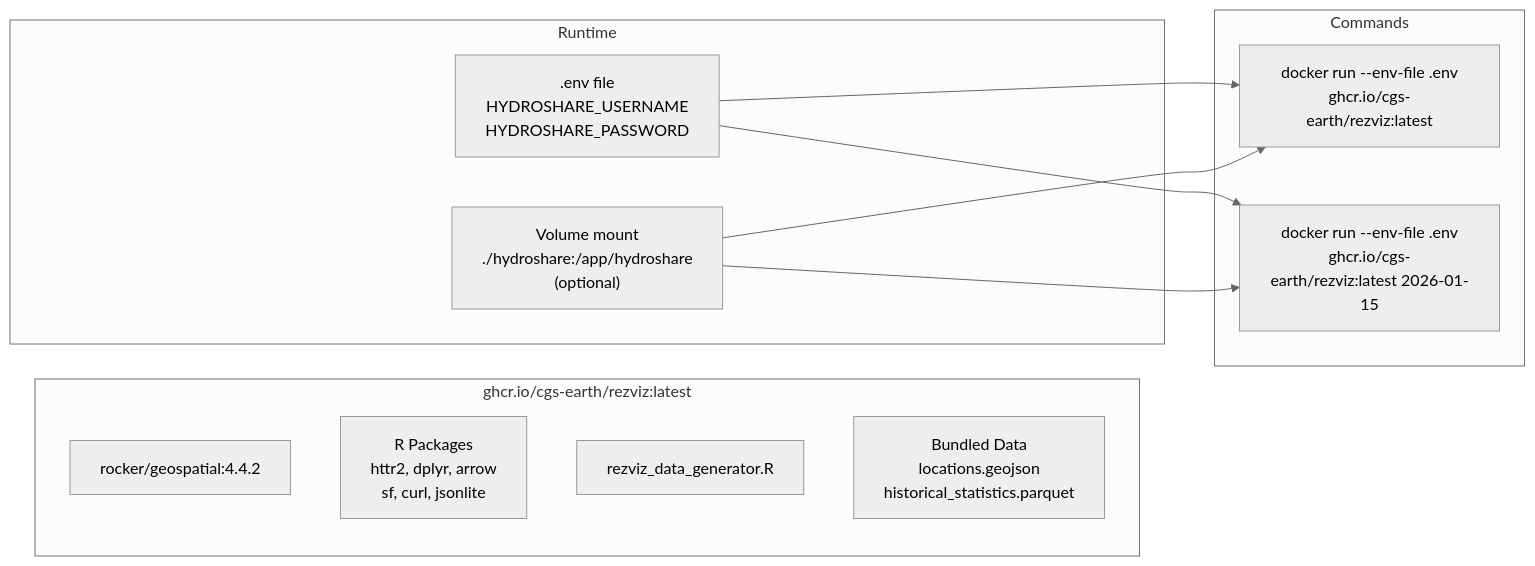
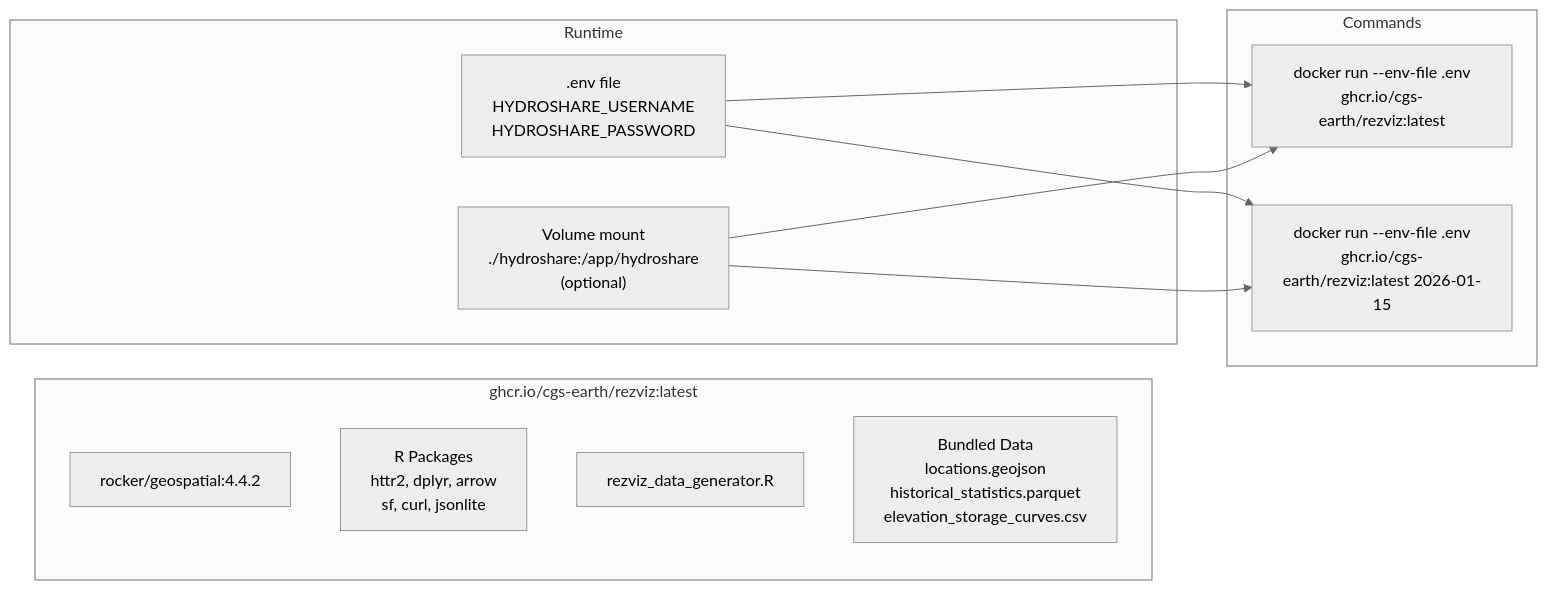
One commit to cgs-earth/teacup-generator changed the second of 6 diagrams in R-workflow/architecture-diagram.md. Above: the diagram before and after it, drawn with Mermaid (neutral theme). The commit also changed other lines of this file, not shown here.

````diff
--- a/R-workflow/architecture-diagram.md
+++ b/R-workflow/architecture-diagram.md
@@ -69,24 +74,24 @@
 ```mermaid
 flowchart LR
     subgraph image["ghcr.io/cgs-earth/rezviz:latest"]
         BASE["rocker/geospatial:4.4.2"]
         PKGS["R Packages<br/>httr2, dplyr, arrow<br/>sf, curl, jsonlite"]
         SCRIPT["rezviz_data_generator.R"]
-        BUNDLED["Bundled Data<br/>locations.geojson<br/>historical_statistics.parquet"]
+        BUNDLED["Bundled Data<br/>locations.geojson<br/>historical_statistics.parquet<br/>elevation_storage_curves.csv"]
     end
 
     subgraph runtime["Runtime"]
         ENV[".env file<br/>HYDROSHARE_USERNAME<br/>HYDROSHARE_PASSWORD"]
         VOLUME["Volume mount<br/>./hydroshare:/app/hydroshare<br/>(optional)"]
     end
 
     subgraph cmd["Commands"]
         RUN1["docker run --env-file .env<br/>ghcr.io/cgs-earth/rezviz:latest"]
         RUN2["docker run --env-file .env<br/>ghcr.io/cgs-earth/rezviz:latest 2026-01-15"]
     end
 
     ENV --> RUN1
     ENV --> RUN2
     VOLUME --> RUN1
     VOLUME --> RUN2
 ```
````
